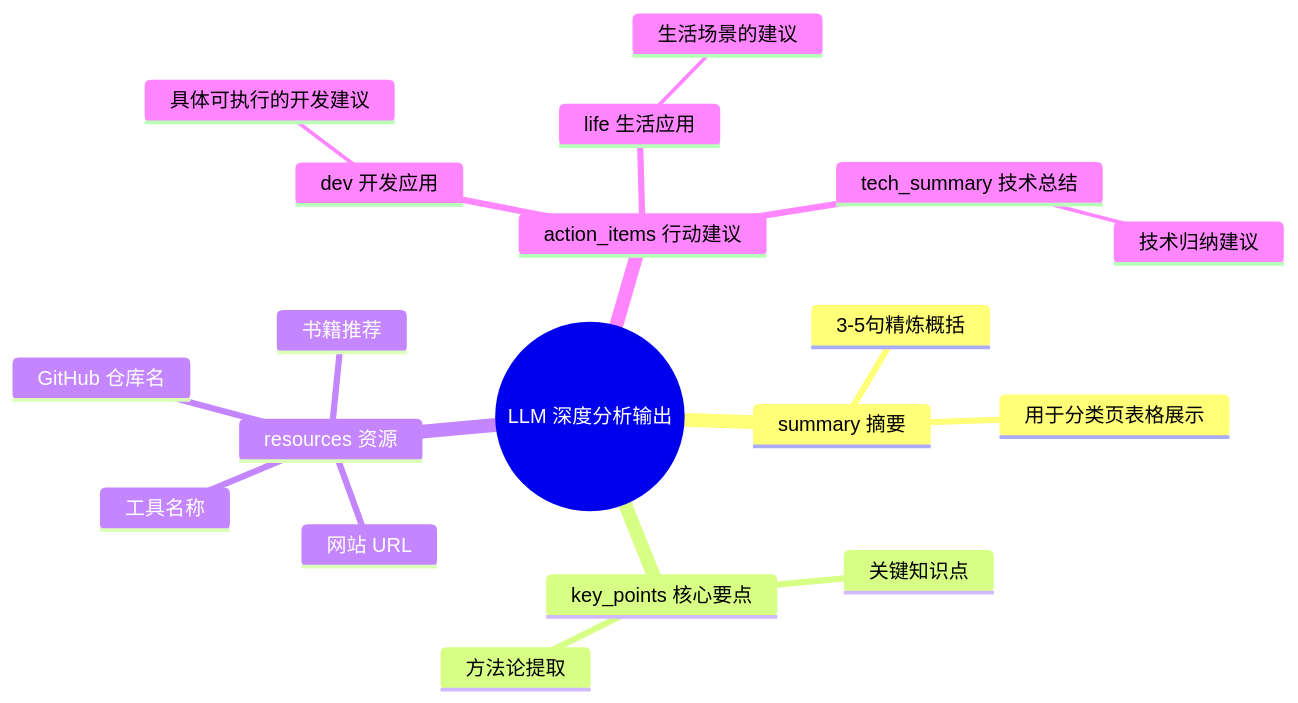
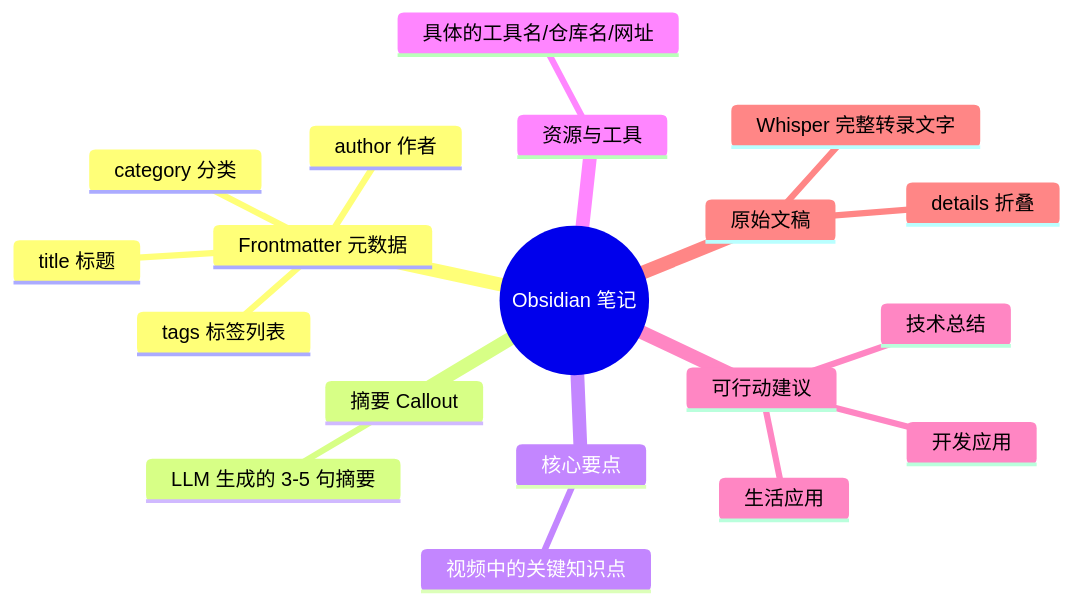
The fourth of 14 diagrams in blog.md (aijoey298/weixin-favor-kb), drawn with Mermaid before and after one commit. The commit also changed other lines of this file, not shown here.

First line of the commit message:
Rewrite blog: restructure into 快速开始/使用效果/代码详解 with 14 Mermaid diagrams

````diff
--- a/blog.md
+++ b/blog.md
@@ -489,22 +224,22 @@
 ```mermaid
 mindmap
-  root((LLM 深度分析输出))
-    summary 摘要
-      3-5句精炼概括
-      用于分类页表格展示
-    key_points 核心要点
-      关键知识点
-      方法论提取
-    resources 资源
-      工具名称
-      GitHub 仓库名
-      网站 URL
-      书籍推荐
-    action_items 行动建议
-      dev 开发应用
-        具体可执行的开发建议
-      life 生活应用
-        生活场景的建议
-      tech_summary 技术总结
-        技术归纳建议
+  root((Obsidian 笔记))
+    Frontmatter 元数据
+      title 标题
+      author 作者
+      category 分类
+      tags 标签列表
+    摘要 Callout
+      LLM 生成的 3-5 句摘要
+    核心要点
+      视频中的关键知识点
+    资源与工具
+      具体的工具名/仓库名/网址
+    可行动建议
+      开发应用
+      生活应用
+      技术总结
+    原始文稿
+      details 折叠
+      Whisper 完整转录文字
 ```
````
